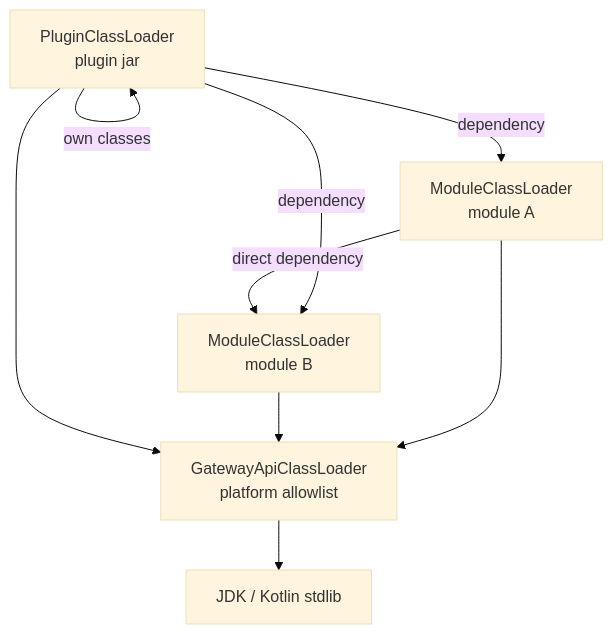
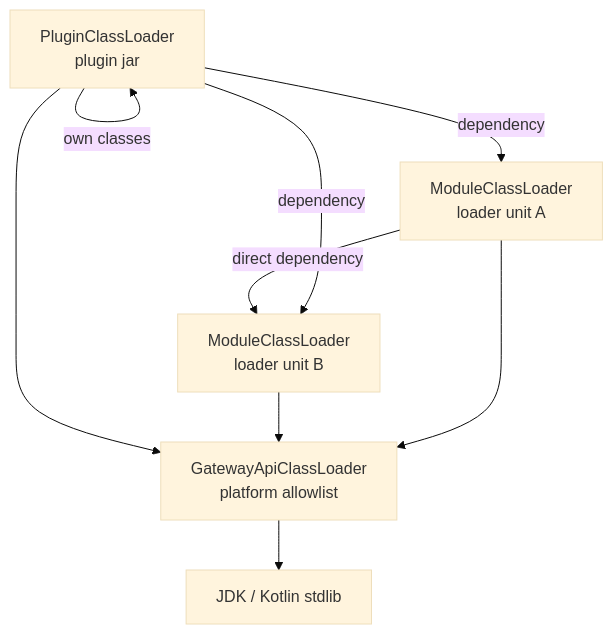
Before and after one commit to FatttSnake/api-management: the third of 8 diagrams in docs/plugin-platform.md, drawn with Mermaid (base theme). The commit also changed other lines of this file and 20 other files, not shown here.

````diff
--- a/docs/plugin-platform.md
+++ b/docs/plugin-platform.md
@@ -164,17 +171,17 @@
 ```mermaid
 flowchart TD
     P[PluginClassLoader<br/>plugin jar]
-    M1[ModuleClassLoader<br/>module A]
-    M2[ModuleClassLoader<br/>module B]
+    M1[ModuleClassLoader<br/>loader unit A]
+    M2[ModuleClassLoader<br/>loader unit B]
     GA[GatewayApiClassLoader<br/>platform allowlist]
     JDK[JDK / Kotlin stdlib]
 
     P -->|own classes| P
     P -->|dependency| M1
     P -->|dependency| M2
     M1 -->|direct dependency| M2
     M1 --> GA
     M2 --> GA
     P --> GA
     GA --> JDK
 ```
````
